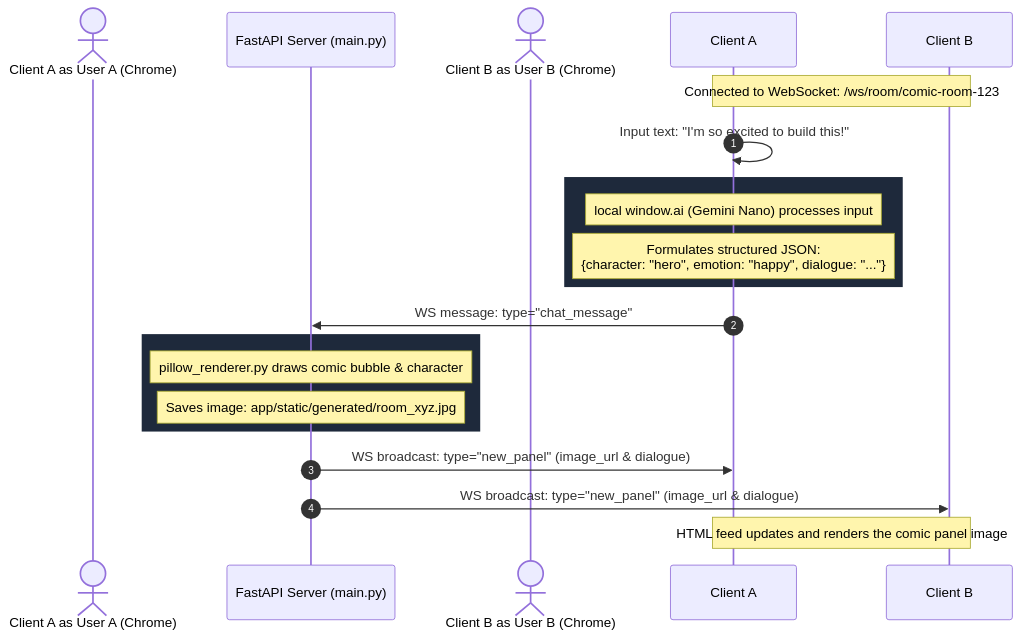
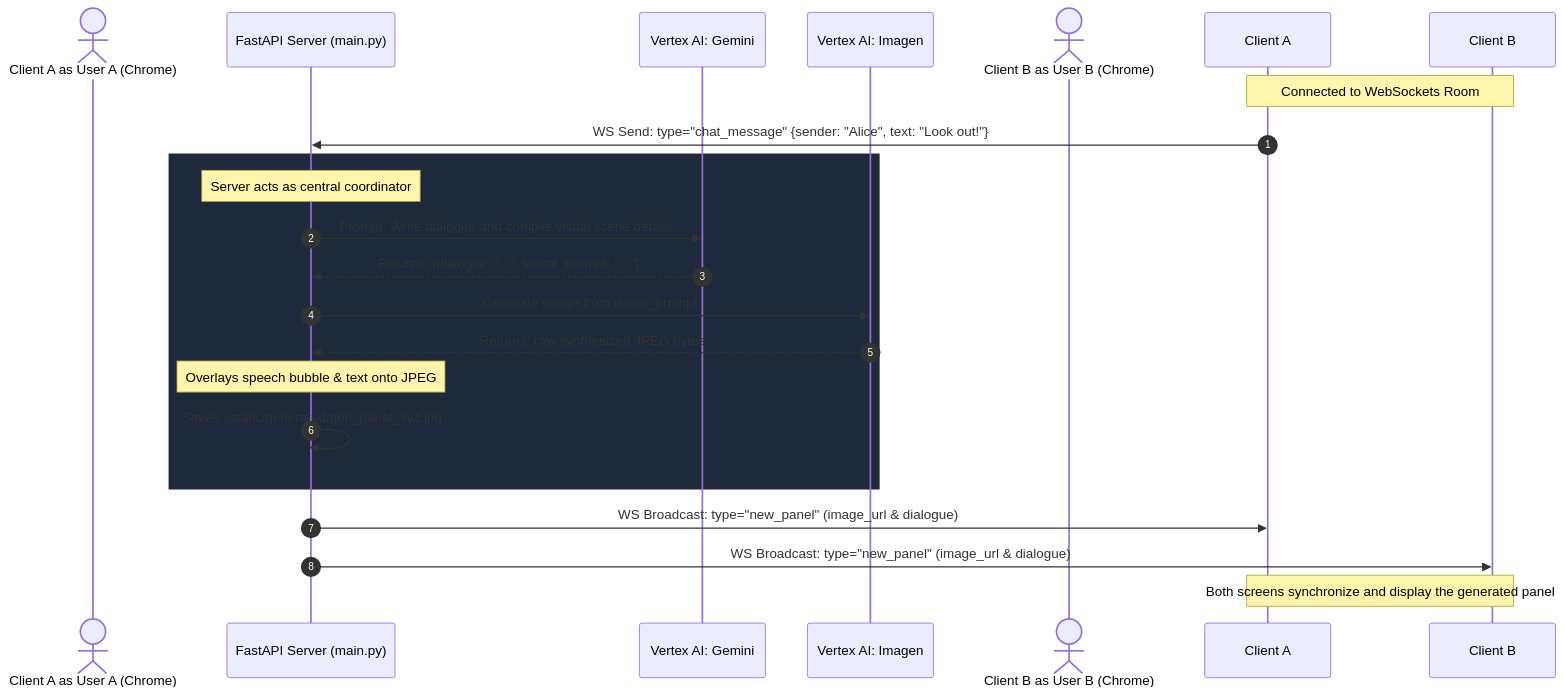
The diagram in README.md (neilghosh/comic-chat-multiplayer), drawn with Mermaid before and after one commit. The commit also changed other lines of this file, not shown here.

Commit message:
Update README: Document server-side Generative AI (Gemini + Imagen) architecture

````diff
--- a/README.md
+++ b/README.md
@@ -14,22 +22,28 @@
 ```mermaid
 sequenceDiagram
     autonumber
     actor Client A as User A (Chrome)
     participant Server as FastAPI Server (main.py)
+    participant Gemini as Vertex AI: Gemini
+    participant Imagen as Vertex AI: Imagen
     actor Client B as User B (Chrome)
 
-    Note over Client A, Client B: Connected to WebSocket: /ws/room/comic-room-123
-    Client A->>Client A: Input text: "I'm so excited to build this!"
+    Note over Client A, Client B: Connected to WebSockets Room
+    Client A->>Server: WS Send: type="chat_message" {sender: "Alice", text: "Look out!"}
+    
     rect rgb(30, 41, 59)
-        Note over Client A: local window.ai (Gemini Nano) processes input
-        Note over Client A: Formulates structured JSON:<br/>{character: "hero", emotion: "happy", dialogue: "..."}
+        Note over Server: Server acts as central coordinator
+        Server->>Gemini: Prompt: Write dialogue and compile visual scene details
+        Gemini-->>Server: Returns: {dialogue: "...", visual_prompt: "..."}
+        
+        Server->>Imagen: Generate Image from visual_prompt
+        Imagen-->>Server: Returns: raw synthesized JPEG bytes
+        
+        Note over Server: Overlays speech bubble & text onto JPEG
+        Server->>Server: Saves: /static/generated/gen_panel_xyz.jpg
     end
-    Client A->>Server: WS message: type="chat_message"
-    rect rgb(30, 41, 59)
-        Note over Server: pillow_renderer.py draws comic bubble & character
-        Note over Server: Saves image: app/static/generated/room_xyz.jpg
-    end
-    Server->>Client A: WS broadcast: type="new_panel" (image_url & dialogue)
-    Server->>Client B: WS broadcast: type="new_panel" (image_url & dialogue)
-    Note over Client A, Client B: HTML feed updates and renders the comic panel image
+    
+    Server->>Client A: WS Broadcast: type="new_panel" (image_url & dialogue)
+    Server->>Client B: WS Broadcast: type="new_panel" (image_url & dialogue)
+    Note over Client A, Client B: Both screens synchronize and display the generated panel
 ```
````
